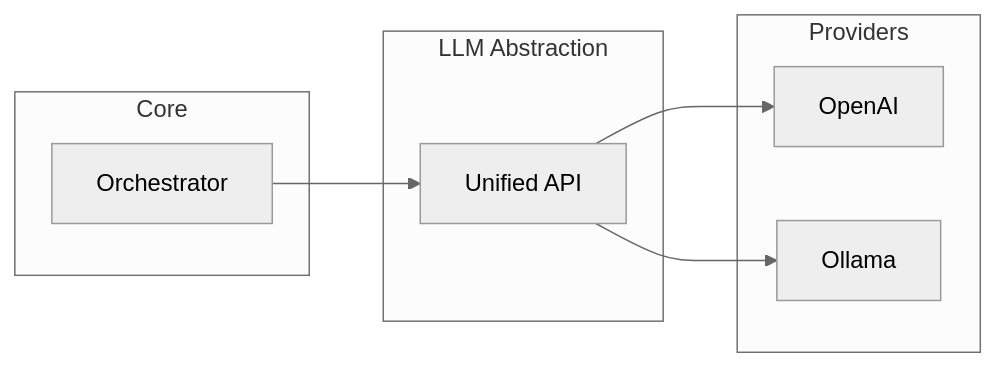
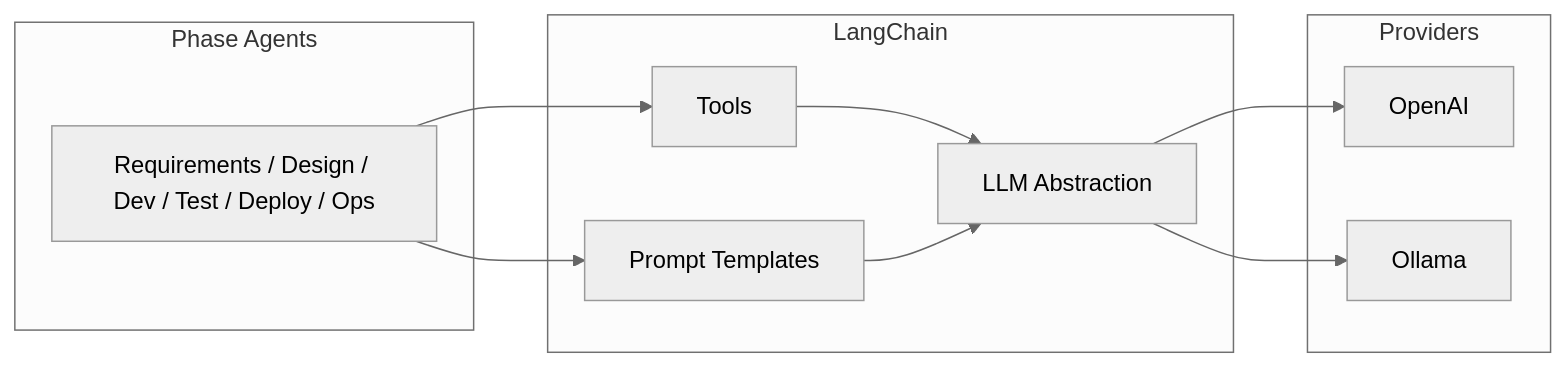
The third of 6 diagrams in ARCHITECTURE.md (arthurpanhku/DocSentinel), drawn with Mermaid (neutral theme) before and after one commit. The commit also changed other lines of this file and 9 other files, not shown here.

````diff
--- a/ARCHITECTURE.md
+++ b/ARCHITECTURE.md
@@ -136,16 +226,21 @@
 ```mermaid
 flowchart LR
-    subgraph Core["Core"]
-        Orch["Orchestrator"]
+    subgraph Agents["Phase Agents"]
+        A["Requirements / Design / Dev / Test / Deploy / Ops"]
     end
-    subgraph LLM["LLM Abstraction"]
-        Abst["Unified API"]
+    subgraph LangChain["LangChain"]
+        Tools["Tools"]
+        Prompts["Prompt Templates"]
+        LLM["LLM Abstraction"]
     end
     subgraph Providers["Providers"]
         O["OpenAI"]
         Ol["Ollama"]
     end
-    Orch --> Abst
-    Abst --> O
-    Abst --> Ol
+    A --> Tools
+    A --> Prompts
+    Tools --> LLM
+    Prompts --> LLM
+    LLM --> O
+    LLM --> Ol
 ```
````
